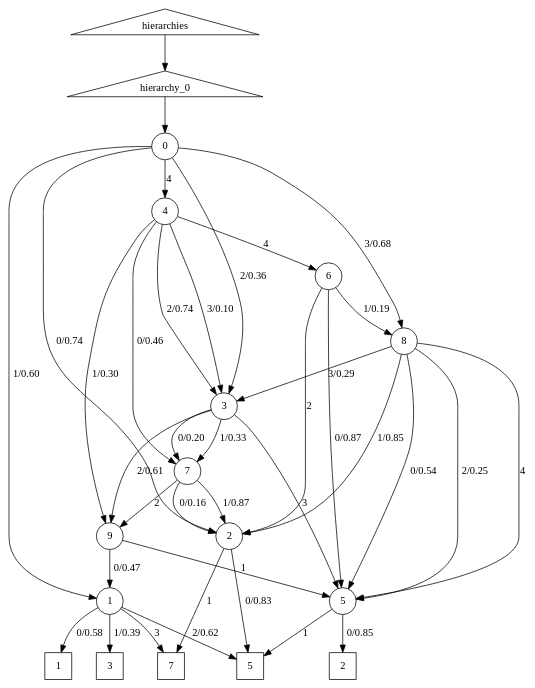
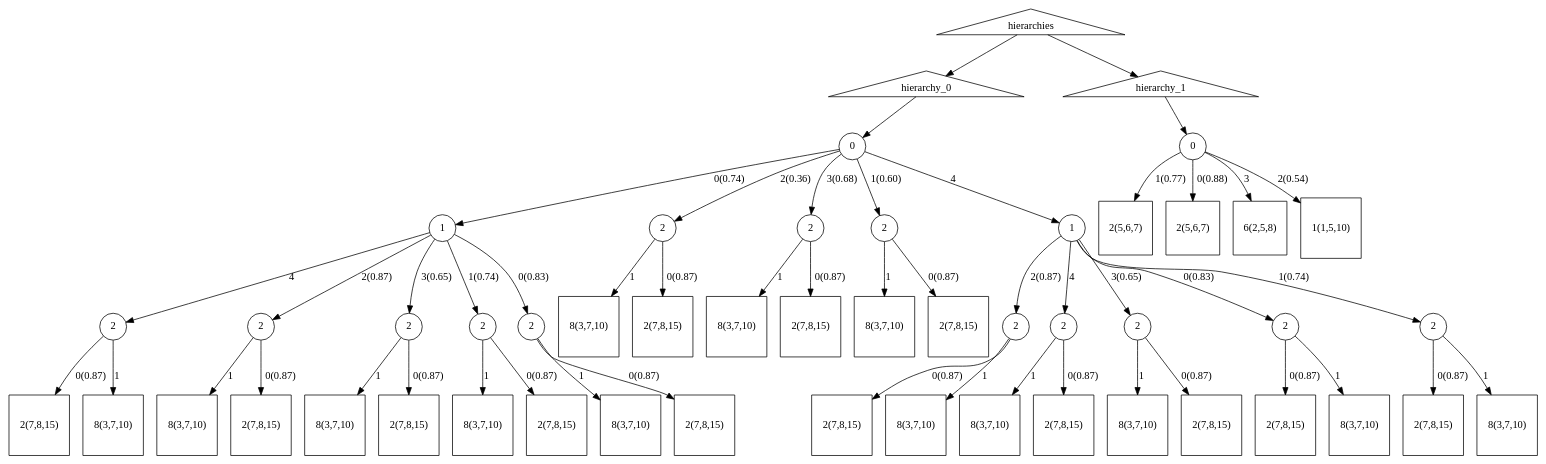
One commit to morphognosis/Mandala changed the diagram in work/causations.dot. Above: the diagram before and after it, drawn with Graphviz. The commit also changed 7 other files, not shown here.

```diff
--- a/work/causations.dot
+++ b/work/causations.dot
@@ -1,56 +1,101 @@
 digraph causations {
 hierarchies [label="hierarchies", shape=triangle];
-h0_t5 [label="5", shape=square];
-h0_nt7 [label="7", shape=circle];
-h0_nt1 [label="1", shape=circle];
-h0_nt8 [label="8", shape=circle];
-h0_nt6 [label="6", shape=circle];
-h0_nt2 [label="2", shape=circle];
+h0_nt0_0_1 [label="1", shape=circle];
+h0_t0_0_1_1_2_1_8 [label="8(3,7,10)", shape=square];
+h0_t0_0_1_4_2_0_2 [label="2(7,8,15)", shape=square];
+h0_nt0_2_2 [label="2", shape=circle];
+h0_t0_0_1_2_2_1_8 [label="8(3,7,10)", shape=square];
+h0_t0_3_2_1_8 [label="8(3,7,10)", shape=square];
+h0_t0_4_1_0_2_0_2 [label="2(7,8,15)", shape=square];
+h0_t0_0_1_0_2_1_8 [label="8(3,7,10)", shape=square];
+h0_nt0_4_1_2_2 [label="2", shape=circle];
+h0_t0_2_2_1_8 [label="8(3,7,10)", shape=square];
+h0_nt0_3_2 [label="2", shape=circle];
+h0_t0_1_2_1_8 [label="8(3,7,10)", shape=square];
+h0_nt0_0_1_4_2 [label="2", shape=circle];
+h0_nt0_1_2 [label="2", shape=circle];
+h0_t0_4_1_1_2_0_2 [label="2(7,8,15)", shape=square];
+h0_t0_4_1_3_2_1_8 [label="8(3,7,10)", shape=square];
+h0_t0_4_1_2_2_0_2 [label="2(7,8,15)", shape=square];
+h0_nt0_4_1_4_2 [label="2", shape=circle];
+h0_t0_4_1_4_2_1_8 [label="8(3,7,10)", shape=square];
+h0_nt0_0_1_2_2 [label="2", shape=circle];
+h0_nt0_4_1_3_2 [label="2", shape=circle];
+h0_nt0_4_1 [label="1", shape=circle];
+h0_t0_4_1_3_2_0_2 [label="2(7,8,15)", shape=square];
+h0_nt0_0_1_3_2 [label="2", shape=circle];
+h0_t0_4_1_4_2_0_2 [label="2(7,8,15)", shape=square];
+h0_nt0_4_1_0_2 [label="2", shape=circle];
+h0_t0_4_1_1_2_1_8 [label="8(3,7,10)", shape=square];
+h0_t0_1_2_0_2 [label="2(7,8,15)", shape=square];
+h0_t0_4_1_0_2_1_8 [label="8(3,7,10)", shape=square];
+h0_nt0_0_1_1_2 [label="2", shape=circle];
+h0_t0_0_1_0_2_0_2 [label="2(7,8,15)", shape=square];
 h0_nt0 [label="0", shape=circle];
-h0_nt4 [label="4", shape=circle];
+h0_t0_4_1_2_2_1_8 [label="8(3,7,10)", shape=square];
+h0_t0_3_2_0_2 [label="2(7,8,15)", shape=square];
 h0 [label="hierarchy_0", shape=triangle];
-h0_t2 [label="2", shape=square];
-h0_t1 [label="1", shape=square];
-h0_nt3 [label="3", shape=circle];
-h0_nt5 [label="5", shape=circle];
-h0_t3 [label="3", shape=square];
-h0_nt9 [label="9", shape=circle];
-h0_t7 [label="7", shape=square];
-h0_nt0 -> h0_nt2 [label="0/0.74"];
-h0_nt1 -> h0_t3 [label="1/0.39"];
-h0_nt1 -> h0_t7 [label="3"];
-h0_nt0 -> h0_nt3 [label="2/0.36"];
-h0_nt0 -> h0_nt1 [label="1/0.60"];
-h0_nt5 -> h0_t5 [label="1"];
-h0_nt0 -> h0_nt4 [label="4"];
-h0_nt2 -> h0_t5 [label="0/0.83"];
-h0_nt6 -> h0_nt5 [label="0/0.87"];
-h0_nt8 -> h0_nt3 [label="3/0.29"];
-h0_nt1 -> h0_t5 [label="2/0.62"];
-h0_nt4 -> h0_nt6 [label="4"];
-h0_nt2 -> h0_t7 [label="1"];
-h0_nt3 -> h0_nt5 [label="3"];
-h0_nt8 -> h0_nt5 [label="0/0.54"];
-h0_nt8 -> h0_nt5 [label="2/0.25"];
-h0_nt9 -> h0_nt1 [label="0/0.47"];
-h0_nt4 -> h0_nt3 [label="3/0.10"];
-h0_nt1 -> h0_t1 [label="0/0.58"];
-h0_nt3 -> h0_nt9 [label="2/0.61"];
-h0_nt4 -> h0_nt7 [label="0/0.46"];
-h0_nt4 -> h0_nt9 [label="1/0.30"];
-h0_nt7 -> h0_nt2 [label="1/0.87"];
-h0_nt7 -> h0_nt2 [label="0/0.16"];
-h0_nt8 -> h0_nt2 [label="1/0.85"];
-h0_nt3 -> h0_nt7 [label="1/0.33"];
-h0_nt8 -> h0_nt5 [label="4"];
-h0_nt4 -> h0_nt3 [label="2/0.74"];
-h0_nt9 -> h0_nt5 [label="1"];
-h0_nt6 -> h0_nt2 [label="2"];
-h0_nt6 -> h0_nt8 [label="1/0.19"];
+h0_t0_0_1_2_2_0_2 [label="2(7,8,15)", shape=square];
+h0_t0_0_1_1_2_0_2 [label="2(7,8,15)", shape=square];
+h0_t0_0_1_3_2_1_8 [label="8(3,7,10)", shape=square];
+h0_nt0_4_1_1_2 [label="2", shape=circle];
+h0_t0_0_1_3_2_0_2 [label="2(7,8,15)", shape=square];
+h0_t0_2_2_0_2 [label="2(7,8,15)", shape=square];
+h0_nt0_0_1_0_2 [label="2", shape=circle];
+h0_t0_0_1_4_2_1_8 [label="8(3,7,10)", shape=square];
+h0_nt0_4_1_1_2 -> h0_t0_4_1_1_2_0_2 [label="0(0.87)"];
+h0_nt0_2_2 -> h0_t0_2_2_0_2 [label="0(0.87)"];
+h0_nt0_4_1 -> h0_nt0_4_1_4_2 [label="4"];
+h0_nt0 -> h0_nt0_0_1 [label="0(0.74)"];
+h0_nt0_0_1_3_2 -> h0_t0_0_1_3_2_1_8 [label="1"];
+h0_nt0_0_1_0_2 -> h0_t0_0_1_0_2_1_8 [label="1"];
+h0_nt0_2_2 -> h0_t0_2_2_1_8 [label="1"];
+h0_nt0_0_1 -> h0_nt0_0_1_0_2 [label="0(0.83)"];
+h0_nt0_4_1_3_2 -> h0_t0_4_1_3_2_1_8 [label="1"];
+h0_nt0_4_1 -> h0_nt0_4_1_1_2 [label="1(0.74)"];
+h0_nt0_1_2 -> h0_t0_1_2_0_2 [label="0(0.87)"];
+h0_nt0_4_1_0_2 -> h0_t0_4_1_0_2_1_8 [label="1"];
+h0_nt0_4_1_0_2 -> h0_t0_4_1_0_2_0_2 [label="0(0.87)"];
+h0_nt0_0_1 -> h0_nt0_0_1_1_2 [label="1(0.74)"];
+h0_nt0_4_1_4_2 -> h0_t0_4_1_4_2_0_2 [label="0(0.87)"];
+h0_nt0_4_1_4_2 -> h0_t0_4_1_4_2_1_8 [label="1"];
+h0_nt0_4_1 -> h0_nt0_4_1_0_2 [label="0(0.83)"];
+h0_nt0_4_1_1_2 -> h0_t0_4_1_1_2_1_8 [label="1"];
+h0_nt0_4_1_2_2 -> h0_t0_4_1_2_2_0_2 [label="0(0.87)"];
+h0_nt0_3_2 -> h0_t0_3_2_0_2 [label="0(0.87)"];
+h0_nt0 -> h0_nt0_4_1 [label="4"];
+h0_nt0 -> h0_nt0_1_2 [label="1(0.60)"];
+h0_nt0_4_1_3_2 -> h0_t0_4_1_3_2_0_2 [label="0(0.87)"];
+h0_nt0_3_2 -> h0_t0_3_2_1_8 [label="1"];
+h0_nt0_0_1_2_2 -> h0_t0_0_1_2_2_0_2 [label="0(0.87)"];
+h0_nt0_0_1 -> h0_nt0_0_1_2_2 [label="2(0.87)"];
+h0_nt0 -> h0_nt0_3_2 [label="3(0.68)"];
+h0_nt0_0_1_0_2 -> h0_t0_0_1_0_2_0_2 [label="0(0.87)"];
+h0_nt0_0_1 -> h0_nt0_0_1_3_2 [label="3(0.65)"];
+h0_nt0_0_1_1_2 -> h0_t0_0_1_1_2_0_2 [label="0(0.87)"];
+h0_nt0_0_1_4_2 -> h0_t0_0_1_4_2_1_8 [label="1"];
+h0_nt0 -> h0_nt0_2_2 [label="2(0.36)"];
+h0_nt0_0_1_1_2 -> h0_t0_0_1_1_2_1_8 [label="1"];
+h0_nt0_1_2 -> h0_t0_1_2_1_8 [label="1"];
 h0 -> h0_nt0
-h0_nt7 -> h0_nt9 [label="2"];
+h0_nt0_4_1 -> h0_nt0_4_1_3_2 [label="3(0.65)"];
 hierarchies -> h0
-h0_nt5 -> h0_t2 [label="0/0.85"];
-h0_nt3 -> h0_nt7 [label="0/0.20"];
-h0_nt0 -> h0_nt8 [label="3/0.68"];
+h0_nt0_0_1_2_2 -> h0_t0_0_1_2_2_1_8 [label="1"];
+h0_nt0_0_1_3_2 -> h0_t0_0_1_3_2_0_2 [label="0(0.87)"];
+h0_nt0_4_1 -> h0_nt0_4_1_2_2 [label="2(0.87)"];
+h0_nt0_4_1_2_2 -> h0_t0_4_1_2_2_1_8 [label="1"];
+h0_nt0_0_1 -> h0_nt0_0_1_4_2 [label="4"];
+h0_nt0_0_1_4_2 -> h0_t0_0_1_4_2_0_2 [label="0(0.87)"];
+h1_t0_1_2 [label="2(5,6,7)", shape=square];
+h1_nt0 [label="0", shape=circle];
+h1_t0_0_2 [label="2(5,6,7)", shape=square];
+h1_t0_3_6 [label="6(2,5,8)", shape=square];
+h1_t0_2_1 [label="1(1,5,10)", shape=square];
+h1 [label="hierarchy_1", shape=triangle];
+hierarchies -> h1
+h1 -> h1_nt0
+h1_nt0 -> h1_t0_1_2 [label="1(0.77)"];
+h1_nt0 -> h1_t0_0_2 [label="0(0.88)"];
+h1_nt0 -> h1_t0_3_6 [label="3"];
+h1_nt0 -> h1_t0_2_1 [label="2(0.54)"];
 }
```
